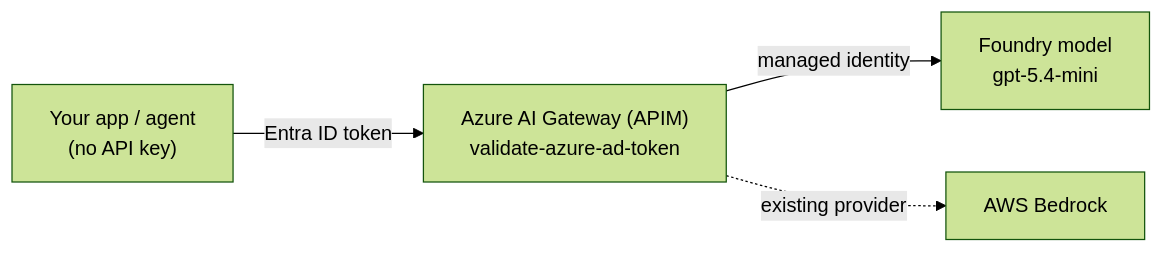
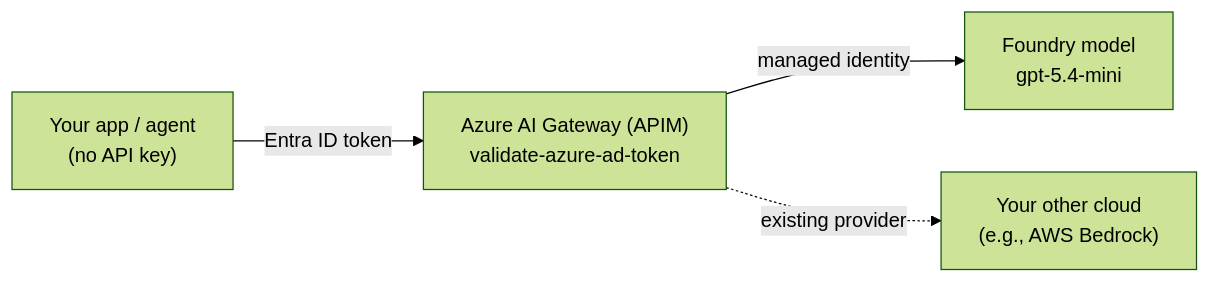
One commit to SridharArrabelly/foundry-pattern-library changed the second of 13 diagrams in README.md. Above: the diagram before and after it, drawn with Mermaid (forest theme). The commit also changed other lines of this file and 3 other files, not shown here.

````diff
--- a/README.md
+++ b/README.md
@@ -58,6 +71,6 @@
 ```mermaid
 flowchart LR
   A["Your app / agent<br/>(no API key)"] -->|"Entra ID token"| G["Azure AI Gateway (APIM)<br/>validate-azure-ad-token"]
   G -->|"managed identity"| M["Foundry model<br/>gpt-5.4-mini"]
-  G -.->|"existing provider"| BR["AWS Bedrock"]
+  G -.->|"existing provider"| BR["Your other cloud<br/>(e.g., AWS Bedrock)"]
 ```
````
